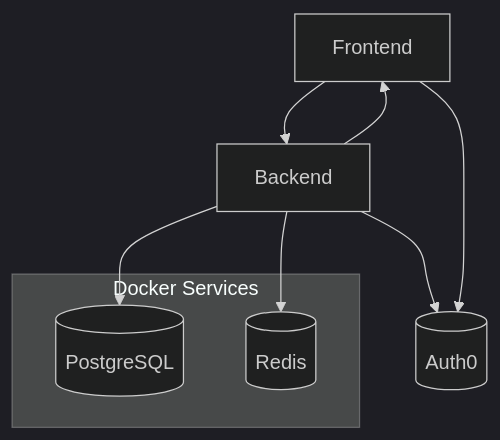
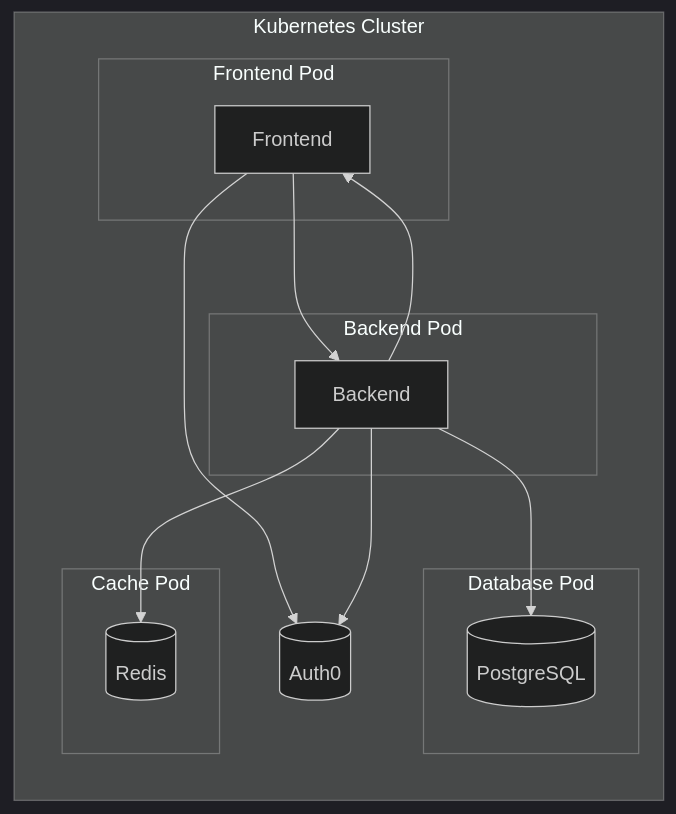
One commit to enstso/CometChat changed the diagram in README.md. Above: the diagram before and after it, drawn with Mermaid (dark theme).

````diff
--- a/README.md
+++ b/README.md
@@ -233,14 +233,27 @@
 ```mermaid
 graph TD
-  Frontend --> Backend[Backend ]
-  Backend --> Postgres[(PostgreSQL)]
-  Backend --> Redis[(Redis)]
-  Backend --> Auth0[(Auth0)]
-  Frontend --> Auth0
-  Backend --> Frontend
+  
+ subgraph subGraph0["Frontend Pod"]
+        Frontend["Frontend"]
+  end
+ subgraph subGraph1["Backend Pod"]
+        Backend["Backend"]
+  end
+ subgraph subGraph2["Database Pod"]
+        Postgres[("PostgreSQL")]
+  end
+ subgraph subGraph3["Cache Pod"]
+        Redis[("Redis")]
+  end
+ subgraph subGraph4["Kubernetes Cluster"]
+    direction TB
+        subGraph0
+        subGraph1
+        subGraph2
+        subGraph3
+        Auth0[("Auth0")]
+  end
+    Frontend --> Backend & Auth0
+    Backend --> Postgres & Redis & Auth0 & Frontend
 
-  subgraph Docker Services
-    Postgres
-    Redis
-  end
 ```
````
